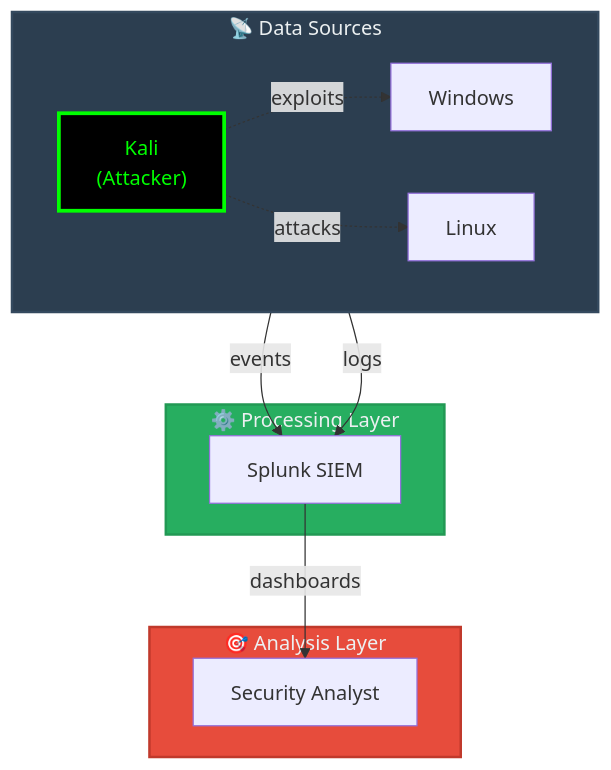
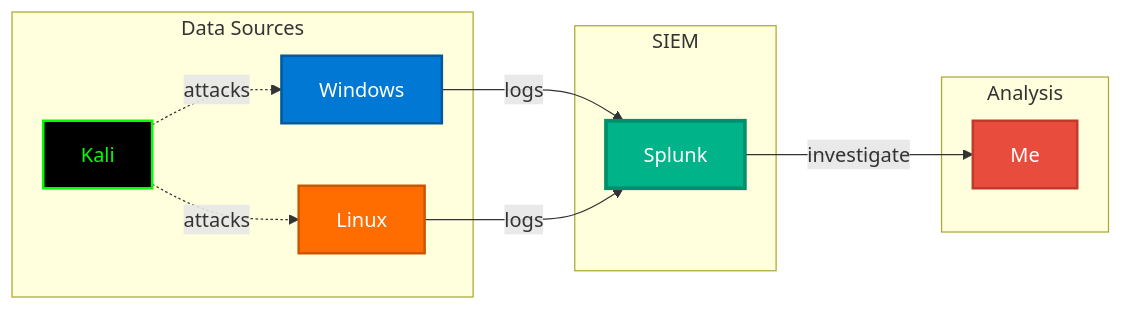
Before and after one commit to 0xMart/Homelab-SOC: the diagram in README.md, drawn with Mermaid.

````diff
--- a/README.md
+++ b/README.md
@@ -5,30 +5,27 @@
 ```mermaid
-flowchart TB
-    subgraph layer3["🎯 Analysis Layer"]
-        me["Security Analyst"]
+graph LR
+    subgraph sources["Data Sources"]
+        W[Windows]
+        L[Linux]
+        K[Kali]
     end
     
-    subgraph layer2["⚙️ Processing Layer"]
-        splunk["Splunk SIEM"]
+    subgraph siem["SIEM"]
+        S[Splunk]
     end
     
-    subgraph layer1["📡 Data Sources"]
-        direction LR
-        kali["Kali<br/>(Attacker)"]
-        windows["Windows"]
-        linux["Linux"]
+    subgraph analysis["Analysis"]
+        A[Me]
     end
     
-    kali -.->|exploits| windows
-    kali -.->|attacks| linux
+    W & L -->|logs| S
+    K -.->|attacks| W
+    K -.->|attacks| L
+    S -->|investigate| A
     
-    windows -->|events| splunk
-    linux -->|logs| splunk
-    
-    splunk -->|dashboards| me
-    
-    style layer1 fill:#2c3e50,stroke:#34495e,stroke-width:2px,color:#ecf0f1
-    style layer2 fill:#27ae60,stroke:#229954,stroke-width:2px,color:#ecf0f1
-    style layer3 fill:#e74c3c,stroke:#c0392b,stroke-width:2px,color:#ecf0f1
-    style kali fill:#000,stroke:#00ff00,stroke-width:3px,color:#0f0
+    style W fill:#0078d4,stroke:#005a9e,stroke-width:2px,color:#fff
+    style L fill:#ff6c00,stroke:#cc5500,stroke-width:2px,color:#fff
+    style K fill:#000,stroke:#00ff00,stroke-width:2px,color:#0f0
+    style S fill:#00b388,stroke:#008f6c,stroke-width:3px,color:#fff
+    style A fill:#e74c3c,stroke:#c0392b,stroke-width:2px,color:#fff
 ```
````
